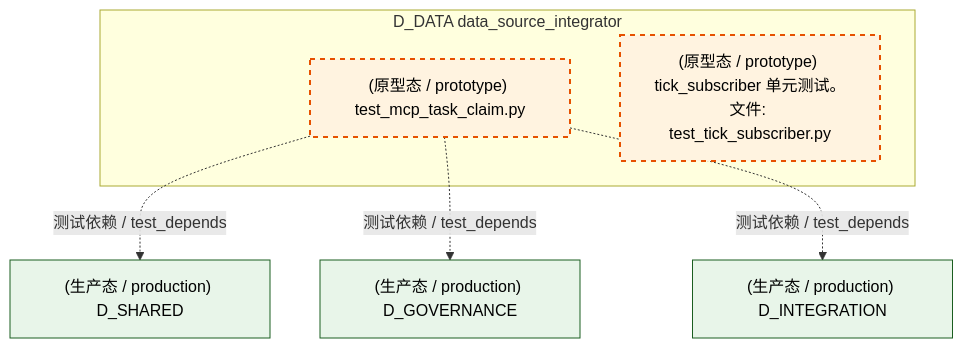
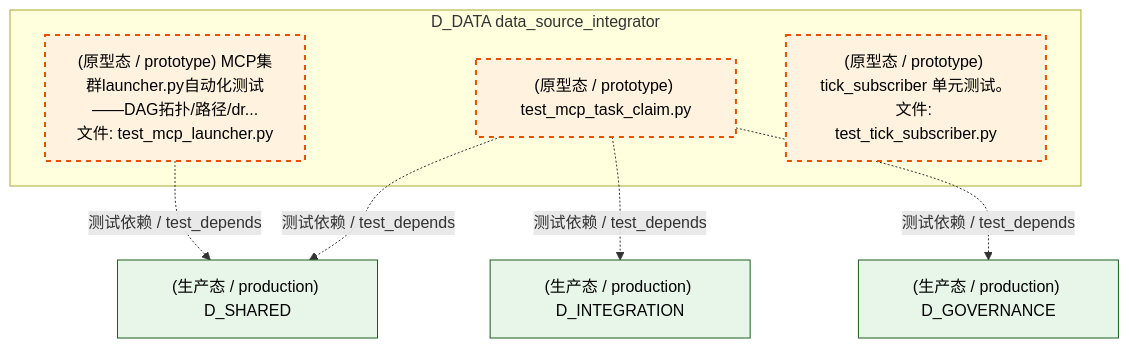
The third of 6 diagrams in docs/02_enterprise_architecture/02_domain_architecture_docs/61_d_data.md (xuanFelixVan/ZephyrAlpha), drawn with Mermaid before and after one commit. The commit also changed other lines of this file and 126 other files, not shown here.

````diff
--- a/docs/02_enterprise_architecture/02_domain_architecture_docs/61_d_data.md
+++ b/docs/02_enterprise_architecture/02_domain_architecture_docs/61_d_data.md
@@ -315,19 +312,21 @@
 ```mermaid
 graph TD
     subgraph D_DATA["D_DATA data_source_integrator"]
+        tests_io_test_mcp_launcher_py["(原型态 / prototype) MCP集群launcher.py自动化测试——DAG拓扑/路径/dr...<br/>文件: test_mcp_launcher.py"]
         tests_io_test_mcp_task_claim_py["(原型态 / prototype) test_mcp_task_claim.py"]
         tests_zephyr_data_test_tick_subscriber_py["(原型态 / prototype) tick_subscriber 单元测试。<br/>文件: test_tick_subscriber.py"]
     end
     D_SHARED["(生产态 / production) D_SHARED"]
+    tests_io_test_mcp_launcher_py -.->|测试依赖 / test_depends| D_SHARED
+    D_INTEGRATION["(生产态 / production) D_INTEGRATION"]
+    tests_io_test_mcp_task_claim_py -.->|测试依赖 / test_depends| D_INTEGRATION
     tests_io_test_mcp_task_claim_py -.->|测试依赖 / test_depends| D_SHARED
     D_GOVERNANCE["(生产态 / production) D_GOVERNANCE"]
     tests_io_test_mcp_task_claim_py -.->|测试依赖 / test_depends| D_GOVERNANCE
-    D_INTEGRATION["(生产态 / production) D_INTEGRATION"]
-    tests_io_test_mcp_task_claim_py -.->|测试依赖 / test_depends| D_INTEGRATION
     classDef production fill:#e1f5fe,stroke:#01579b,stroke-width:2px,color:#000
     classDef design fill:#fff3e0,stroke:#e65100,stroke-width:2px,color:#000,stroke-dasharray: 5 5
     classDef external_prod fill:#e8f5e9,stroke:#1b5e20,stroke-width:1px,color:#000
     classDef external_design fill:#fce4ec,stroke:#880e4f,stroke-width:1px,color:#000,stroke-dasharray: 5 5
-    class tests_io_test_mcp_task_claim_py,tests_zephyr_data_test_tick_subscriber_py design
-    class D_SHARED,D_GOVERNANCE,D_INTEGRATION external_prod
+    class tests_io_test_mcp_launcher_py,tests_io_test_mcp_task_claim_py,tests_zephyr_data_test_tick_subscriber_py design
+    class D_SHARED,D_INTEGRATION,D_GOVERNANCE external_prod
 ```
````
